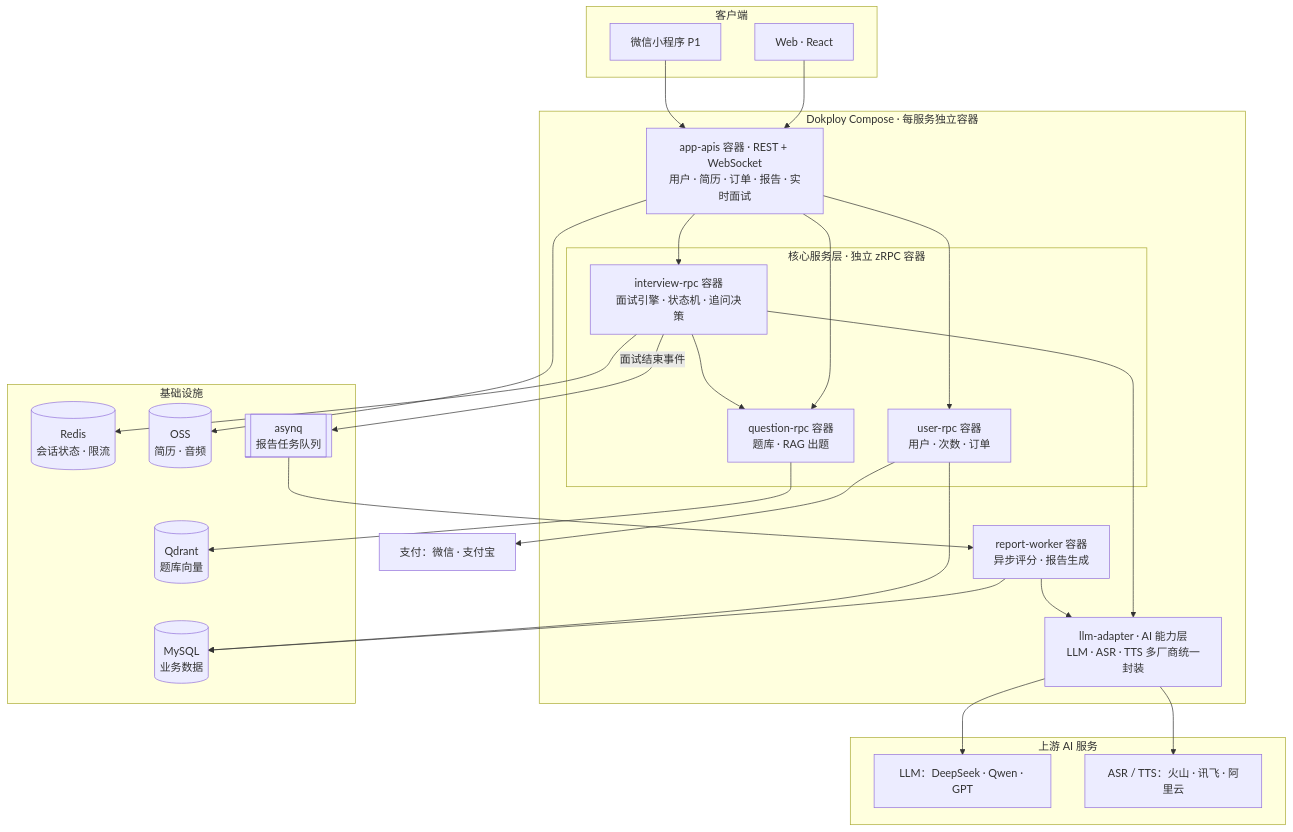
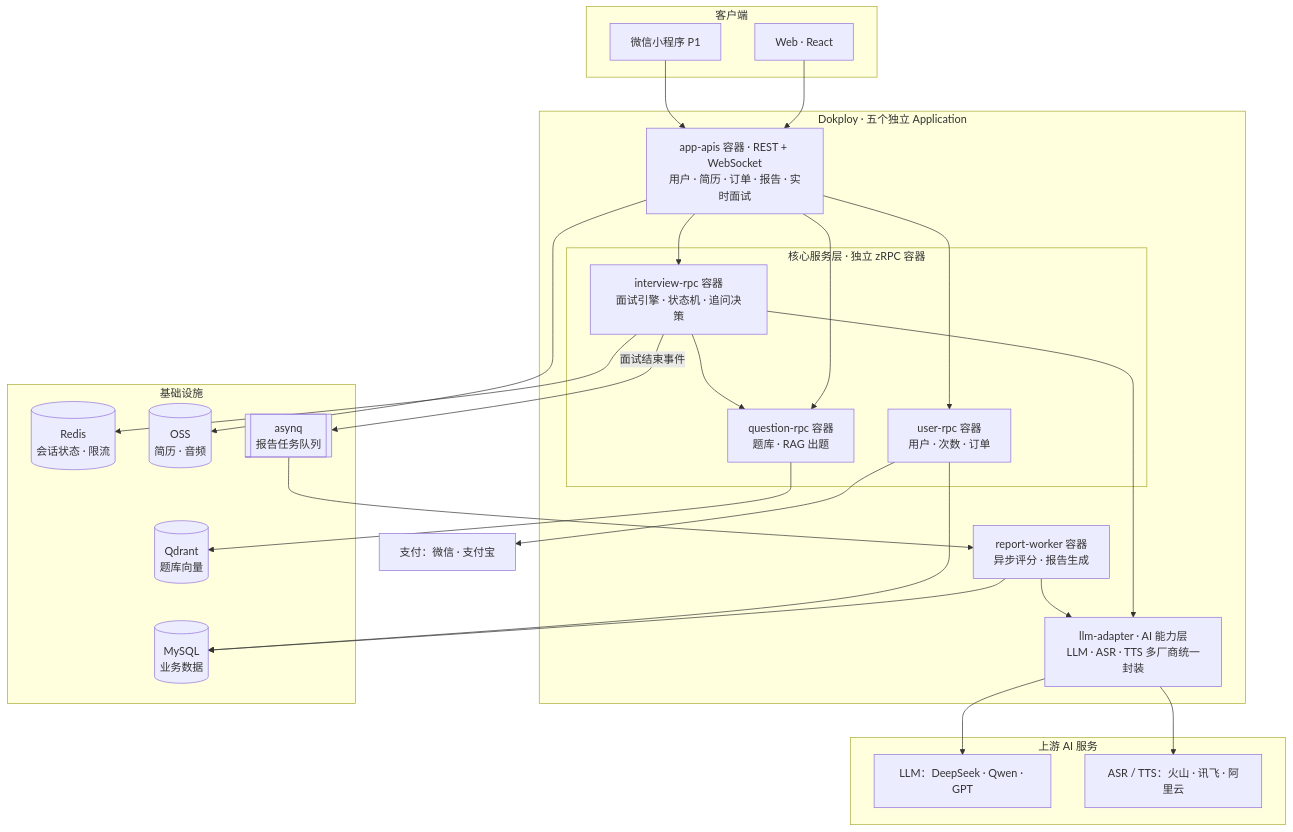
The first of 3 diagrams in docs/技术方案.md (rotbit/whetstone), drawn with Mermaid before and after one commit. The commit also changed other lines of this file and 9 other files, not shown here.

````diff
--- a/docs/技术方案.md
+++ b/docs/技术方案.md
@@ -70,54 +70,54 @@
 ```mermaid
 graph TB
     subgraph CLI[客户端]
         W1[Web · React]
         W2[微信小程序 P1]
     end
 
-    subgraph RUNTIME[Dokploy Compose · 每服务独立容器]
+    subgraph RUNTIME[Dokploy · 五个独立 Application]
         APP[app-apis 容器 · REST + WebSocket<br/>用户 · 简历 · 订单 · 报告 · 实时面试]
 
         subgraph CORE[核心服务层 · 独立 zRPC 容器]
             ENG[interview-rpc 容器<br/>面试引擎 · 状态机 · 追问决策]
             QUE[question-rpc 容器<br/>题库 · RAG 出题]
             USR[user-rpc 容器<br/>用户 · 次数 · 订单]
         end
 
         ADP[llm-adapter · AI 能力层<br/>LLM · ASR · TTS 多厂商统一封装]
         RPT[report-worker 容器<br/>异步评分 · 报告生成]
     end
 
     subgraph INFRA[基础设施]
         MYSQL[(MySQL<br/>业务数据)]
         REDIS[(Redis<br/>会话状态 · 限流)]
         VDB[(Qdrant<br/>题库向量)]
         OSS[(OSS<br/>简历 · 音频)]
         MQ[[asynq<br/>报告任务队列]]
     end
 
     subgraph UP[上游 AI 服务]
         LLM[LLM：DeepSeek · Qwen · GPT]
         AST[ASR / TTS：火山 · 讯飞 · 阿里云]
     end
 
     PAY[支付：微信 · 支付宝]
 
     W1 --> APP
     W2 --> APP
     APP --> USR
     APP --> QUE
     APP --> OSS
     APP --> ENG
     ENG --> QUE
     ENG --> ADP
     ENG --> REDIS
     QUE --> VDB
     ADP --> LLM
     ADP --> AST
     ENG -- 面试结束事件 --> MQ
     MQ --> RPT
     RPT --> ADP
     RPT --> MYSQL
     USR --> MYSQL
     USR --> PAY
 ```
````
